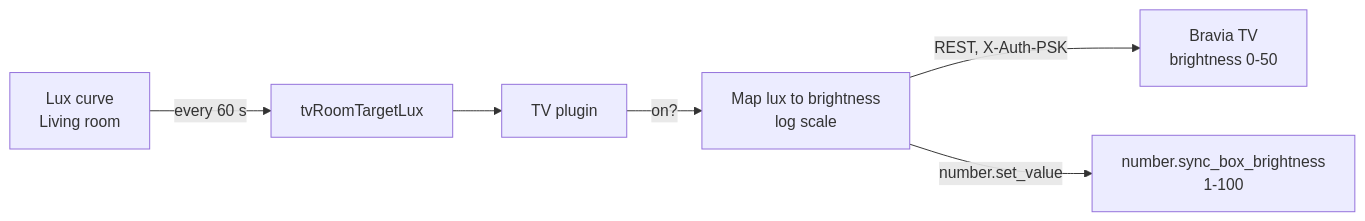
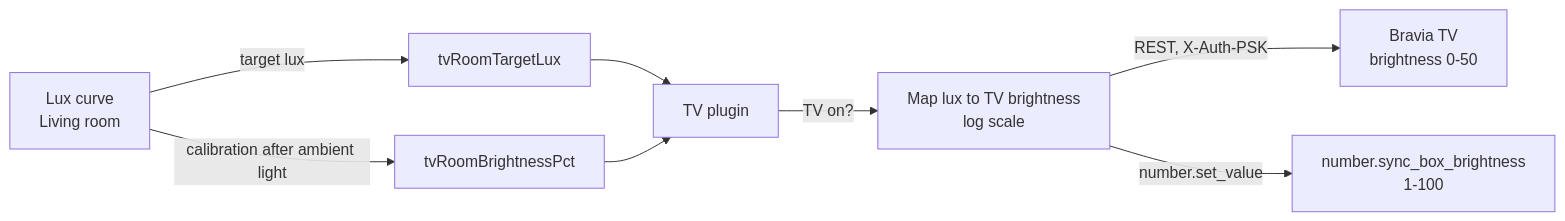
One commit to NickBorgers/home-automation changed the diagram in docs/flows/TV_BRIGHTNESS.md. Above: the diagram before and after it, drawn with Mermaid. The commit also changed other lines of this file and 13 other files, not shown here.

Commit message:
fix(tv): map brightness curve to Hue Sync

````diff
--- a/docs/flows/TV_BRIGHTNESS.md
+++ b/docs/flows/TV_BRIGHTNESS.md
@@ -13,8 +13,10 @@
 ```mermaid
 flowchart LR
-    Curve[Lux curve<br/>Living room] -->|every 60 s| Var[tvRoomTargetLux]
-    Var --> TVPlugin[TV plugin]
-    TVPlugin -->|on?| Map[Map lux to brightness<br/>log scale]
+    Curve[Lux curve<br/>Living room] -->|target lux| Lux[tvRoomTargetLux]
+    Curve -->|calibration after ambient light| Pct[tvRoomBrightnessPct]
+    Lux --> TVPlugin[TV plugin]
+    Pct --> TVPlugin
+    TVPlugin -->|TV on?| Map[Map lux to TV brightness<br/>log scale]
     Map -->|REST, X-Auth-PSK| TV[Bravia TV<br/>brightness 0-50]
     Map -->|number.set_value| Sync[number.sync_box_brightness<br/>1-100]
 ```
````
